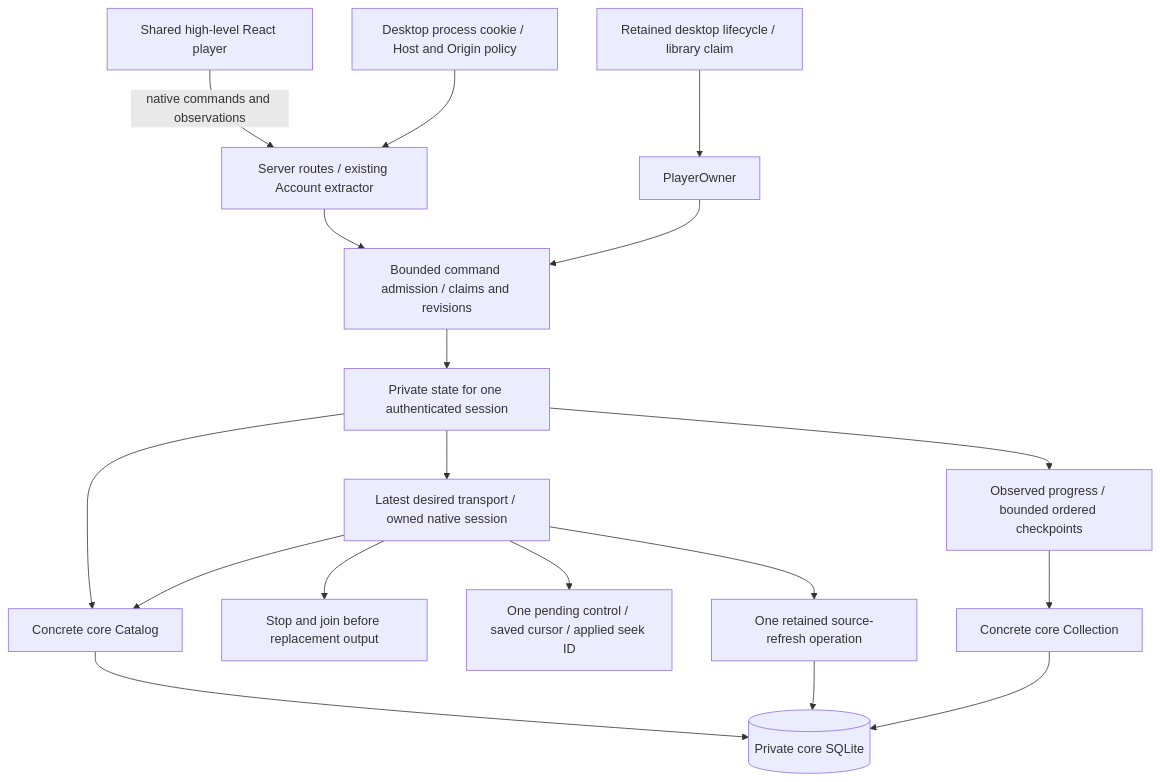
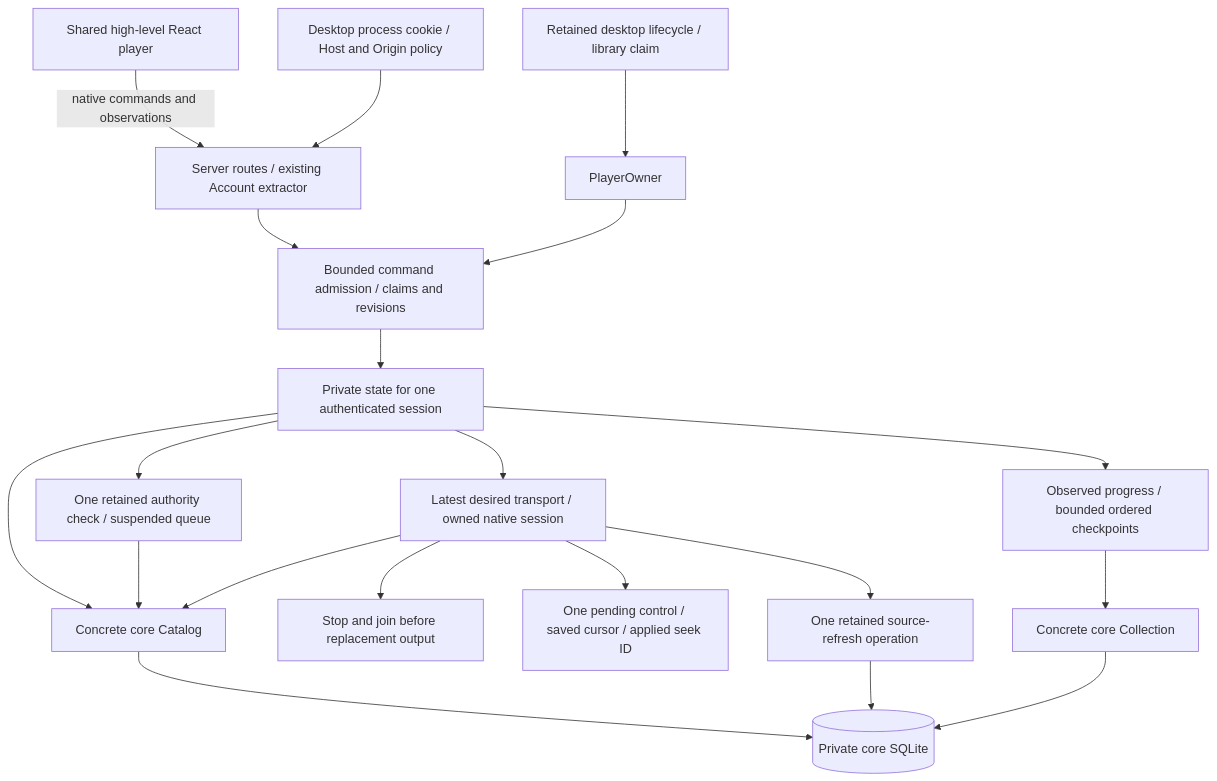
Before and after one commit to acidiney/hitoapp: the first of 3 diagrams in docs/native-coordinator.md, drawn with Mermaid. The commit also changed other lines of this file and 2 other files, not shown here.

Commit message:
Document suspended native queue ownership and authority recovery

````diff
--- a/docs/native-coordinator.md
+++ b/docs/native-coordinator.md
@@ -9,20 +9,22 @@
 ```mermaid
 flowchart TB
   UI[Shared high-level React player] -->|native commands and observations| HTTP[Server routes / existing Account extractor]
   Access[Desktop process cookie / Host and Origin policy] --> HTTP
   HTTP --> Admission[Bounded command admission / claims and revisions]
   Host[Retained desktop lifecycle / library claim] --> Owner[PlayerOwner]
   Owner --> Admission
   Admission --> State[Private state for one authenticated session]
   State --> Catalog[Concrete core Catalog]
+  State --> Authority[One retained authority check / suspended queue]
+  Authority --> Catalog
   State --> Native[Latest desired transport / owned native session]
   Native --> Catalog
   Native --> Join[Stop and join before replacement output]
   Native --> Controls[One pending control / saved cursor / applied seek ID]
   Native --> Refresh[One retained source-refresh operation]
   State --> Progress[Observed progress / bounded ordered checkpoints]
   Progress --> Collection[Concrete core Collection]
   Catalog --> DB[(Private core SQLite)]
   Refresh --> DB
   Collection --> DB
 ```
````
